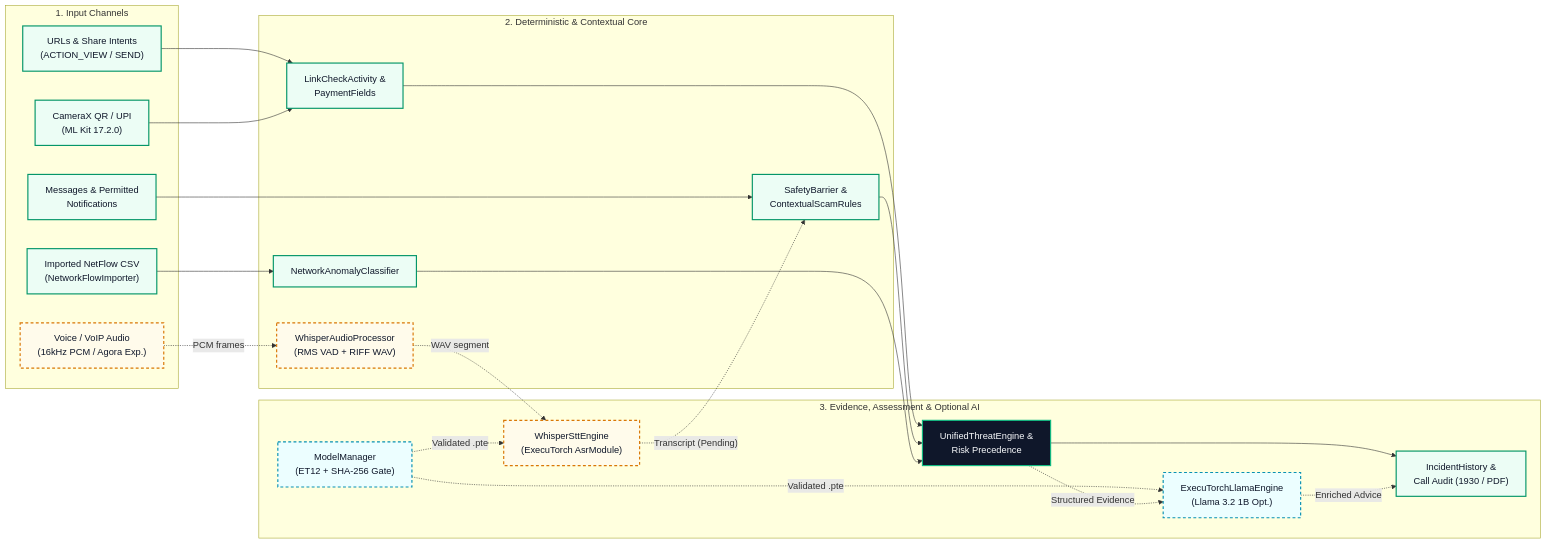
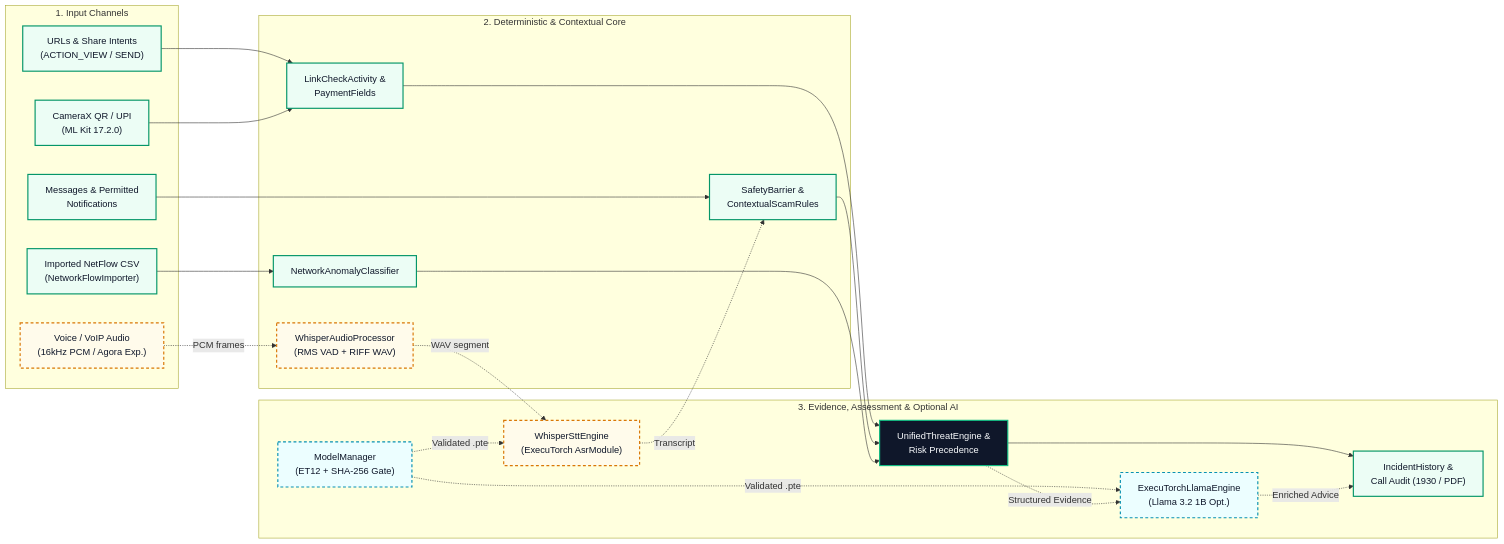
One commit to Anmol-coder26/APP_Susagi-Arm changed the diagram in README.md. Above: the diagram before and after it, drawn with Mermaid. The commit also changed other lines of this file and 56 other files, not shown here.

````diff
--- a/README.md
+++ b/README.md
@@ -238,48 +137,48 @@
 ```mermaid
 flowchart LR
     classDef core fill:#ECFDF5,stroke:#059669,stroke-width:2px,color:#0F172A;
     classDef dark fill:#0F172A,stroke:#10B981,stroke-width:2px,color:#F8FAFC;
     classDef opt fill:#ECFEFF,stroke:#0891B2,stroke-width:2px,stroke-dasharray: 5 4,color:#0F172A;
     classDef exp fill:#FFFBEB,stroke:#D97706,stroke-width:2px,stroke-dasharray: 5 4,color:#0F172A;
 
     subgraph Inputs ["1. Input Channels"]
         U["URLs & Share Intents<br/>(ACTION_VIEW / SEND)"]:::core
         Q["CameraX QR / UPI<br/>(ML Kit 17.2.0)"]:::core
         M["Messages & Permitted<br/>Notifications"]:::core
         N["Imported NetFlow CSV<br/>(NetworkFlowImporter)"]:::core
         V["Voice / VoIP Audio<br/>(16kHz PCM / Agora Exp.)"]:::exp
     end
 
     subgraph Engine ["2. Deterministic & Contextual Core"]
         LB["LinkCheckActivity &<br/>PaymentFields"]:::core
         SB["SafetyBarrier &<br/>ContextualScamRules"]:::core
         NC["NetworkAnomalyClassifier"]:::core
         VAD["WhisperAudioProcessor<br/>(RMS VAD + RIFF WAV)"]:::exp
     end
 
     subgraph Output ["3. Evidence, Assessment & Optional AI"]
         UT["UnifiedThreatEngine &<br/>Risk Precedence"]:::dark
         ST["IncidentHistory &<br/>Call Audit (1930 / PDF)"]:::core
         MM["ModelManager<br/>(ET12 + SHA-256 Gate)"]:::opt
         LL["ExecuTorchLlamaEngine<br/>(Llama 3.2 1B Opt.)"]:::opt
         WH["WhisperSttEngine<br/>(ExecuTorch AsrModule)"]:::exp
     end
 
     U --> LB
     Q --> LB
     M --> SB
     N --> NC
     V -. "PCM frames" .-> VAD
 
     LB --> UT
     SB --> UT
     NC --> UT
     UT --> ST
 
     MM -. "Validated .pte" .-> LL
     MM -. "Validated .pte" .-> WH
     VAD -. "WAV segment" .-> WH
-    WH -. "Transcript (Pending)" .-> SB
+    WH -. "Transcript" .-> SB
     UT -. "Structured Evidence" .-> LL
     LL -. "Enriched Advice" .-> ST
 ```
````
